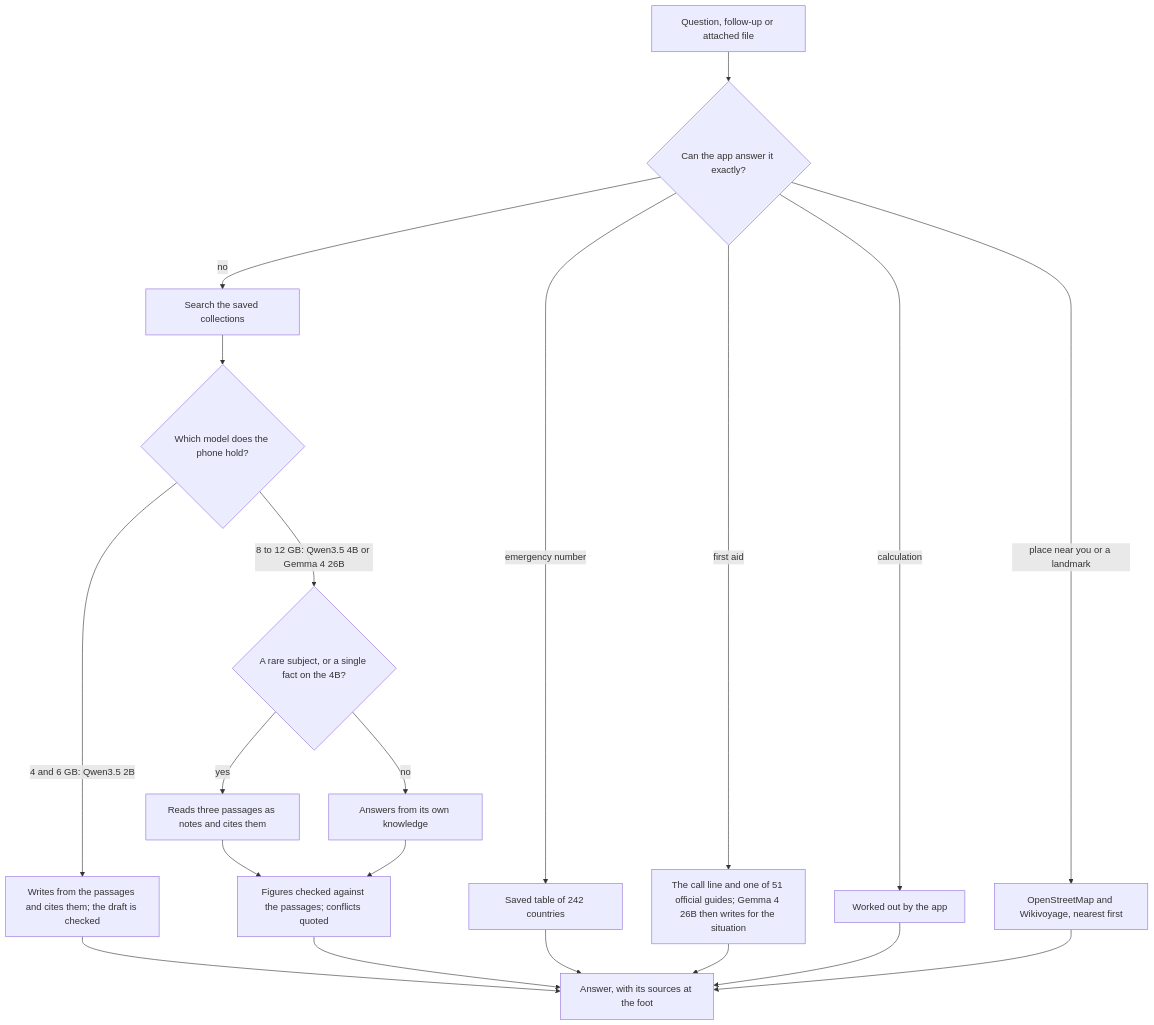
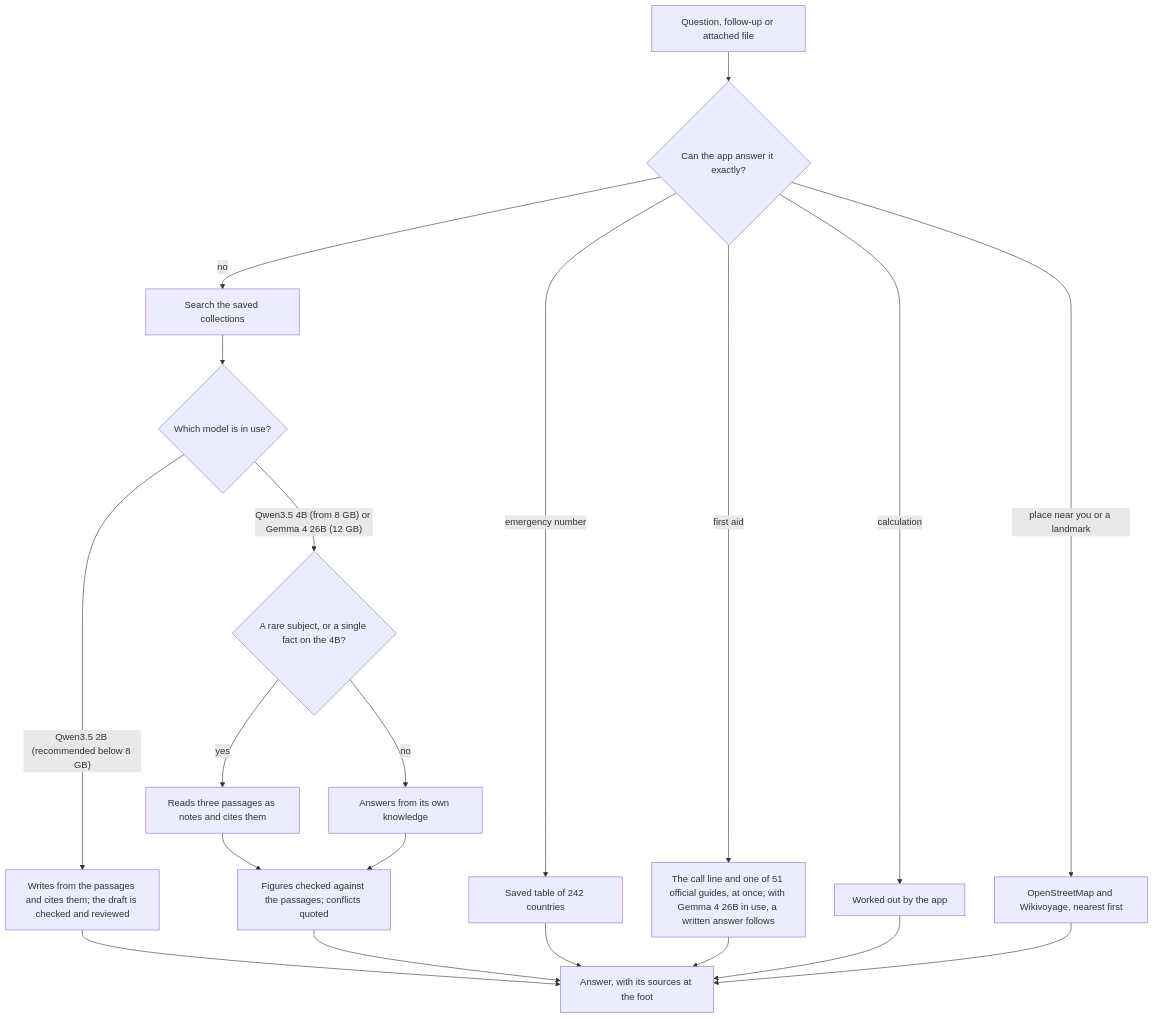
One commit to 0x94t3z/fieldatlas changed the diagram in docs/how-it-works.md. Above: the diagram before and after it, drawn with Mermaid. The commit also changed other lines of this file and 16 other files, not shown here.

````diff
--- a/docs/how-it-works.md
+++ b/docs/how-it-works.md
@@ -18,22 +18,22 @@
 ```mermaid
 flowchart TD
     Q["Question, follow-up or attached file"] --> D{"Can the app answer it exactly?"}
     D -->|"emergency number"| N["Saved table of 242 countries"]
-    D -->|"first aid"| G["The call line and one of 51 official guides; Gemma 4 26B then writes for the situation"]
+    D -->|"first aid"| G["The call line and one of 51 official guides, at once; with Gemma 4 26B in use, a written answer follows"]
     D -->|"calculation"| C["Worked out by the app"]
     D -->|"place near you or a landmark"| P["OpenStreetMap and Wikivoyage, nearest first"]
     D -->|"no"| S["Search the saved collections"]
-    S --> M{"Which model does the phone hold?"}
-    M -->|"4 and 6 GB: Qwen3.5 2B"| W1["Writes from the passages and cites them; the draft is checked"]
-    M -->|"8 to 12 GB: Qwen3.5 4B or Gemma 4 26B"| R{"A rare subject, or a single fact on the 4B?"}
+    S --> M{"Which model is in use?"}
+    M -->|"Qwen3.5 2B (recommended below 8 GB)"| W1["Writes from the passages and cites them; the draft is checked and reviewed"]
+    M -->|"Qwen3.5 4B (from 8 GB) or Gemma 4 26B (12 GB)"| R{"A rare subject, or a single fact on the 4B?"}
     R -->|"yes"| W2["Reads three passages as notes and cites them"]
     R -->|"no"| W3["Answers from its own knowledge"]
     W2 --> F["Figures checked against the passages; conflicts quoted"]
     W3 --> F
     W1 --> A["Answer, with its sources at the foot"]
     F --> A
     N --> A
     G --> A
     C --> A
     P --> A
 ```
````
